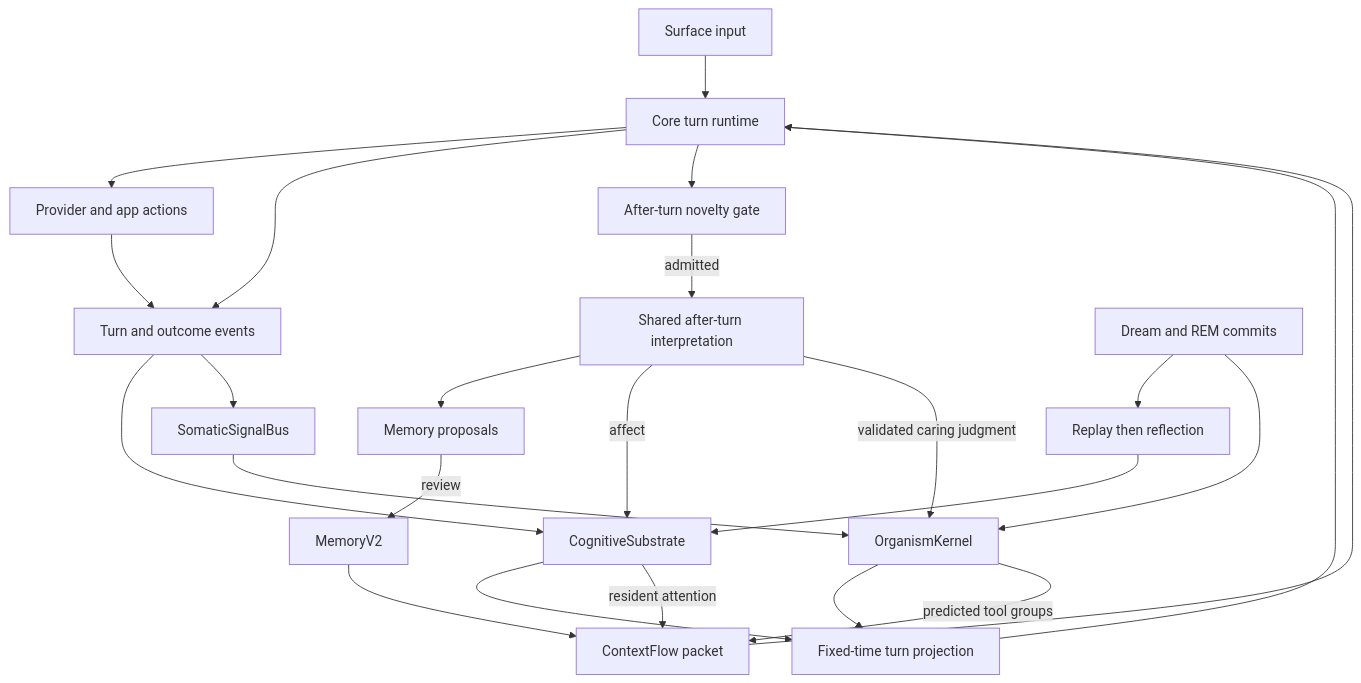
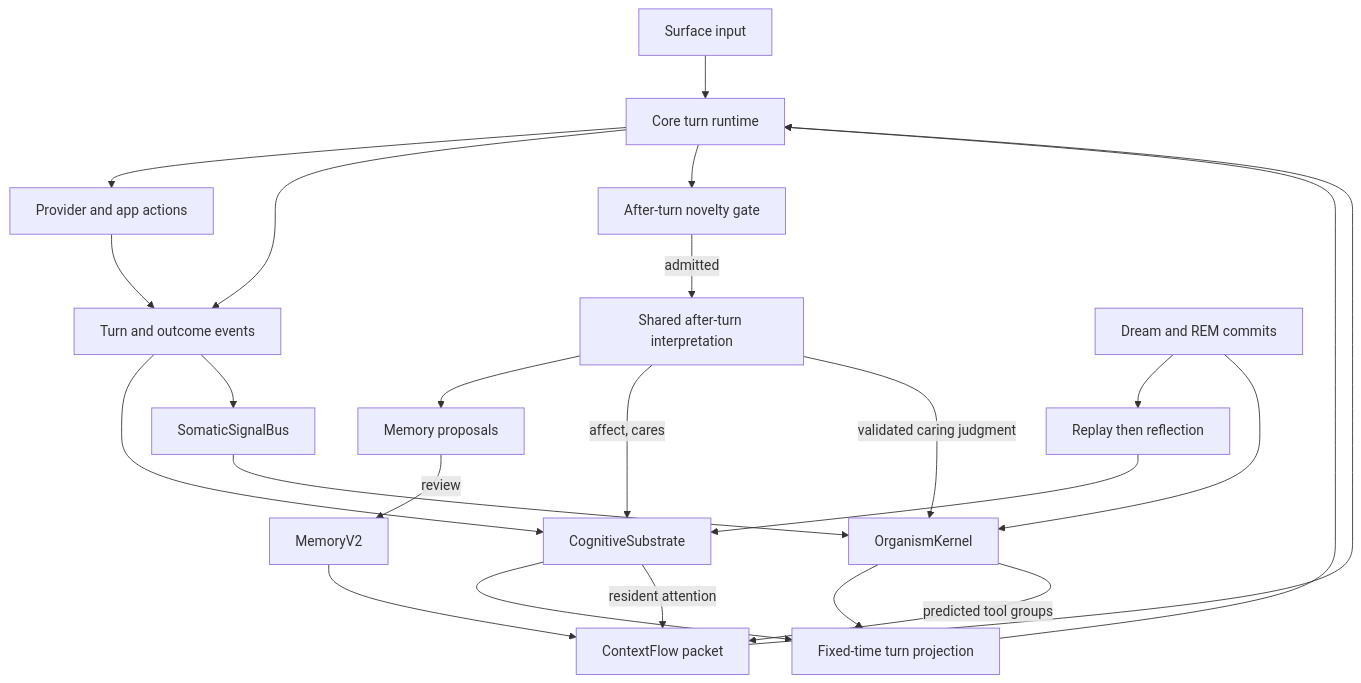
The diagram in docs/COGNITION_WIRING.md (embwl0x/native-agent), drawn with Mermaid before and after one commit. The commit also changed other lines of this file and 145 other files, not shown here.

````diff
--- a/docs/COGNITION_WIRING.md
+++ b/docs/COGNITION_WIRING.md
@@ -33,26 +33,26 @@
 ```mermaid
 flowchart TD
     S["Surface input"] --> T["Core turn runtime"]
     M["MemoryV2"] --> C["ContextFlow packet"]
     C --> T
     T --> P["Provider and app actions"]
     T --> E["Turn and outcome events"]
     P --> E
     E --> SUB["CognitiveSubstrate"]
     E --> BUS["SomaticSignalBus"]
     BUS --> O["OrganismKernel"]
     T --> N["After-turn novelty gate"]
     N -->|admitted| A["Shared after-turn interpretation"]
     A --> Q["Memory proposals"]
     Q -->|review| M
-    A -->|affect| SUB
+    A -->|affect, cares| SUB
     A -->|validated caring judgment| O
     SUB --> F["Fixed-time turn projection"]
     O --> F
     F --> T
     SUB -->|resident attention| C
     O -->|predicted tool groups| C
     D["Dream and REM commits"] --> R["Replay then reflection"]
     R --> SUB
     D --> O
 ```
````
